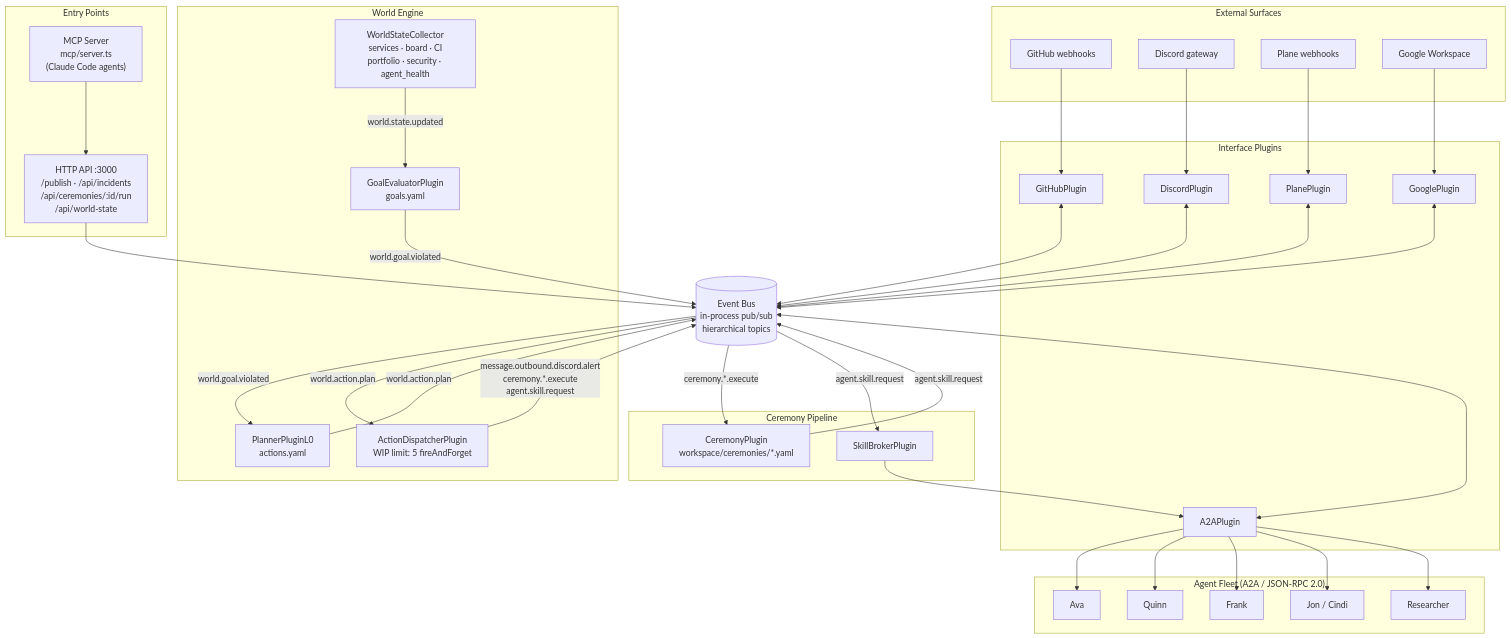
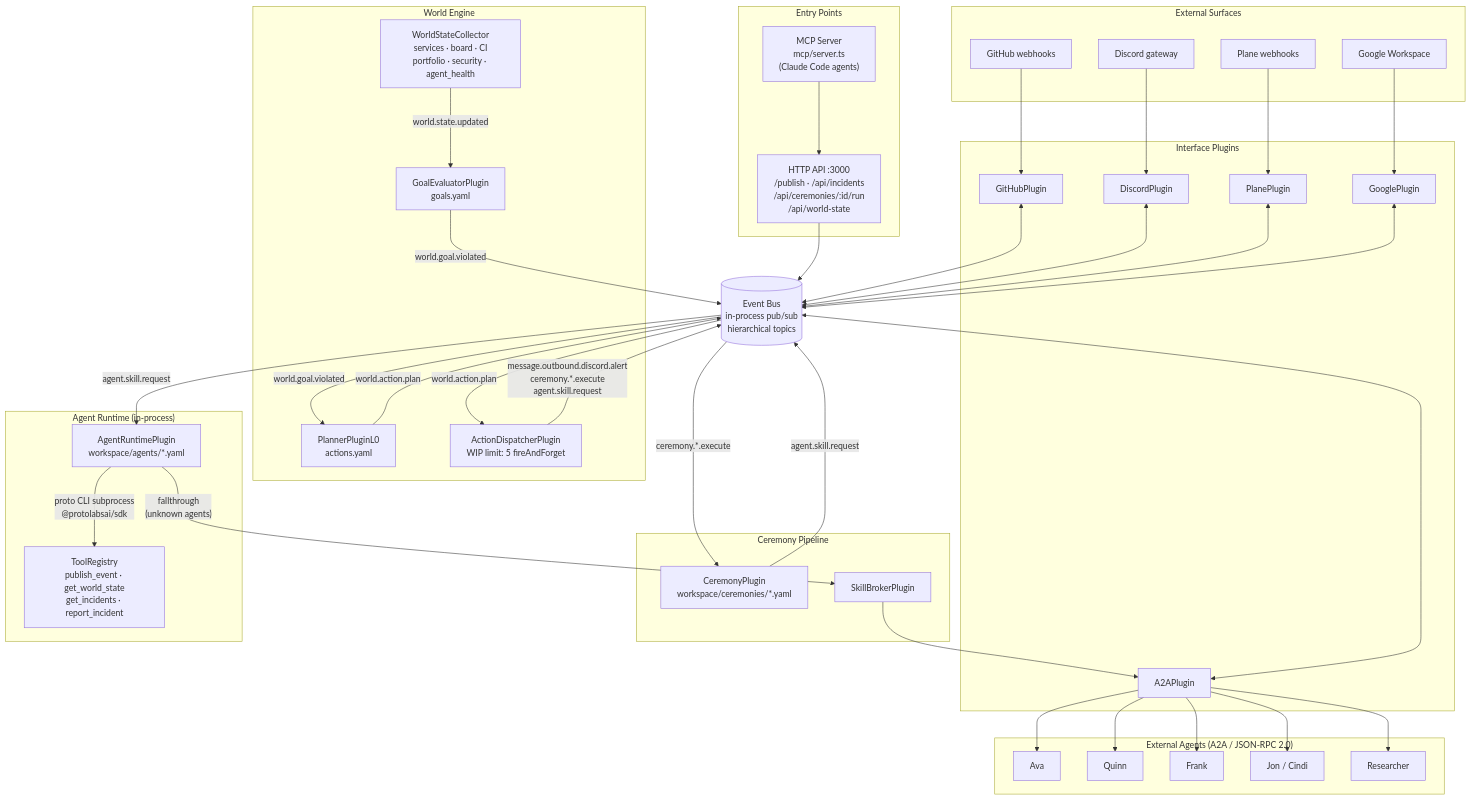
The first of 3 diagrams in docs/architecture.md (protoLabsAI/protoWorkstacean), drawn with Mermaid before and after one commit. The commit also changed other lines of this file and 3 other files, not shown here.

First line of the commit message:
docs: update for in-process agent runtime

````diff
--- a/docs/architecture.md
+++ b/docs/architecture.md
@@ -9,71 +9,78 @@
 ```mermaid
 flowchart TD
     subgraph Surfaces["External Surfaces"]
         GH[GitHub webhooks]
         DC[Discord gateway]
         PL[Plane webhooks]
         GG[Google Workspace]
     end
 
     subgraph Entry["Entry Points"]
         HTTP["HTTP API :3000\n/publish · /api/incidents\n/api/ceremonies/:id/run\n/api/world-state"]
         MCP["MCP Server\nmcp/server.ts\n(Claude Code agents)"]
     end
 
     BUS[("Event Bus\nin-process pub/sub\nhierarchical topics")]
 
     subgraph Adapters["Interface Plugins"]
         GHP[GitHubPlugin]
         DCP[DiscordPlugin]
         PLP[PlanePlugin]
         GGP[GooglePlugin]
         A2A[A2APlugin]
     end
 
     subgraph WorldEngine["World Engine"]
         WSC["WorldStateCollector\nservices · board · CI\nportfolio · security · agent_health"]
         GEP["GoalEvaluatorPlugin\ngoals.yaml"]
         PL0["PlannerPluginL0\nactions.yaml"]
         ADP["ActionDispatcherPlugin\nWIP limit: 5  fireAndForget"]
     end
 
     subgraph Ceremonies["Ceremony Pipeline"]
         CRP["CeremonyPlugin\nworkspace/ceremonies/*.yaml"]
         SKB["SkillBrokerPlugin"]
     end
 
-    subgraph Agents["Agent Fleet (A2A / JSON-RPC 2.0)"]
+    subgraph Runtime["Agent Runtime (in-process)"]
+        ART["AgentRuntimePlugin\nworkspace/agents/*.yaml"]
+        TRG["ToolRegistry\npublish_event · get_world_state\nget_incidents · report_incident"]
+    end
+
+    subgraph Agents["External Agents (A2A / JSON-RPC 2.0)"]
         AVA[Ava]
         QNN[Quinn]
         FRK[Frank]
         JON[Jon / Cindi]
         RSR[Researcher]
     end
 
     GH --> GHP
     DC --> DCP
     PL --> PLP
     GG --> GGP
     MCP --> HTTP
     HTTP --> BUS
 
     GHP <--> BUS
     DCP <--> BUS
     PLP <--> BUS
     GGP <--> BUS
     A2A <--> BUS
 
     WSC -- "world.state.updated" --> GEP
     GEP -- "world.goal.violated" --> BUS
     BUS -- "world.goal.violated" --> PL0
     PL0 -- "world.action.plan" --> BUS
     BUS -- "world.action.plan" --> ADP
     ADP -- "message.outbound.discord.alert\nceremony.*.execute\nagent.skill.request" --> BUS
 
     BUS -- "ceremony.*.execute" --> CRP
     CRP -- "agent.skill.request" --> BUS
-    BUS -- "agent.skill.request" --> SKB
+    BUS -- "agent.skill.request" --> ART
+    ART -- "proto CLI subprocess\n@protolabsai/sdk" --> TRG
+    ART -- "fallthrough\n(unknown agents)" --> SKB
     SKB --> A2A
 
     A2A --> AVA & QNN & FRK & JON & RSR
 ```
````
